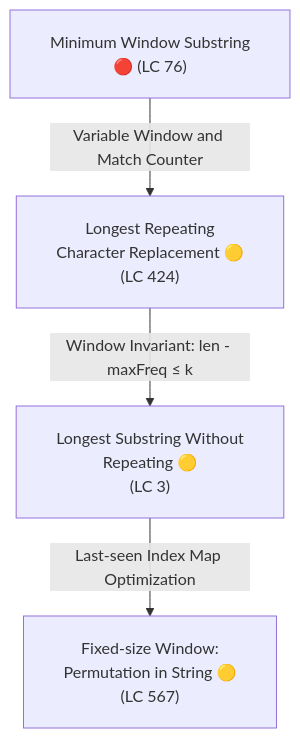
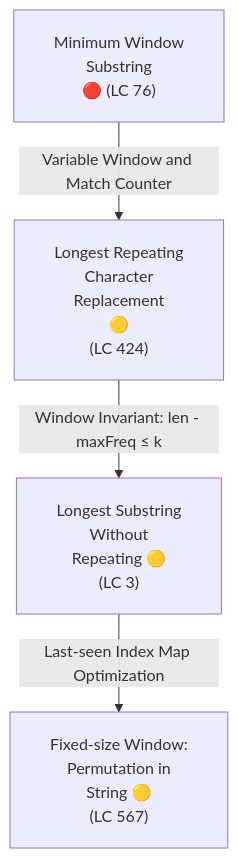
Before and after one commit to dip4k/DSA_102: diagram 15 of 19 in Senior_dsa_question_list.md, drawn with Mermaid. The commit also changed other lines of this file and 106 other files, not shown here.

First line of the commit message:
fix(mermaid): prevent text clipping with foreignObject overflow and tighter line wrapping

````diff
--- a/Senior_dsa_question_list.md
+++ b/Senior_dsa_question_list.md
@@ -1049,7 +1049,7 @@
 ```mermaid
-%%{init: {"flowchart": {"htmlLabels": true, "padding": 20}}}%%
+%%{init: {"flowchart": {"htmlLabels": true, "padding": 20}, "themeCSS": "foreignObject { overflow: visible !important; }"}}%%
 flowchart TD
-    A["Minimum Window Substring<br/>🔴 (LC 76)"] -->|Variable Window and Match Counter| B["Longest Repeating<br/>Character Replacement 🟡<br/>(LC 424)"]
-    B -->|Window Invariant: len - maxFreq &le; k| C["Longest Substring Without<br/>Repeating 🟡<br/>(LC 3)"]
-    C -->|Last-seen Index Map Optimization| D["Fixed-size Window:<br/>Permutation in String 🟡<br/>(LC 567)"]
+    A["Minimum Window<br/>Substring<br/>🔴 (LC 76)"] -->|Variable Window and Match Counter| B["Longest Repeating<br/>Character<br/>Replacement<br/>🟡<br/>(LC 424)"]
+    B -->|Window Invariant: len - maxFreq &le; k| C["Longest Substring<br/>Without<br/>Repeating 🟡<br/>(LC 3)"]
+    C -->|Last-seen Index Map Optimization| D["Fixed-size Window:<br/>Permutation in<br/>String 🟡<br/>(LC 567)"]
 ```
````
